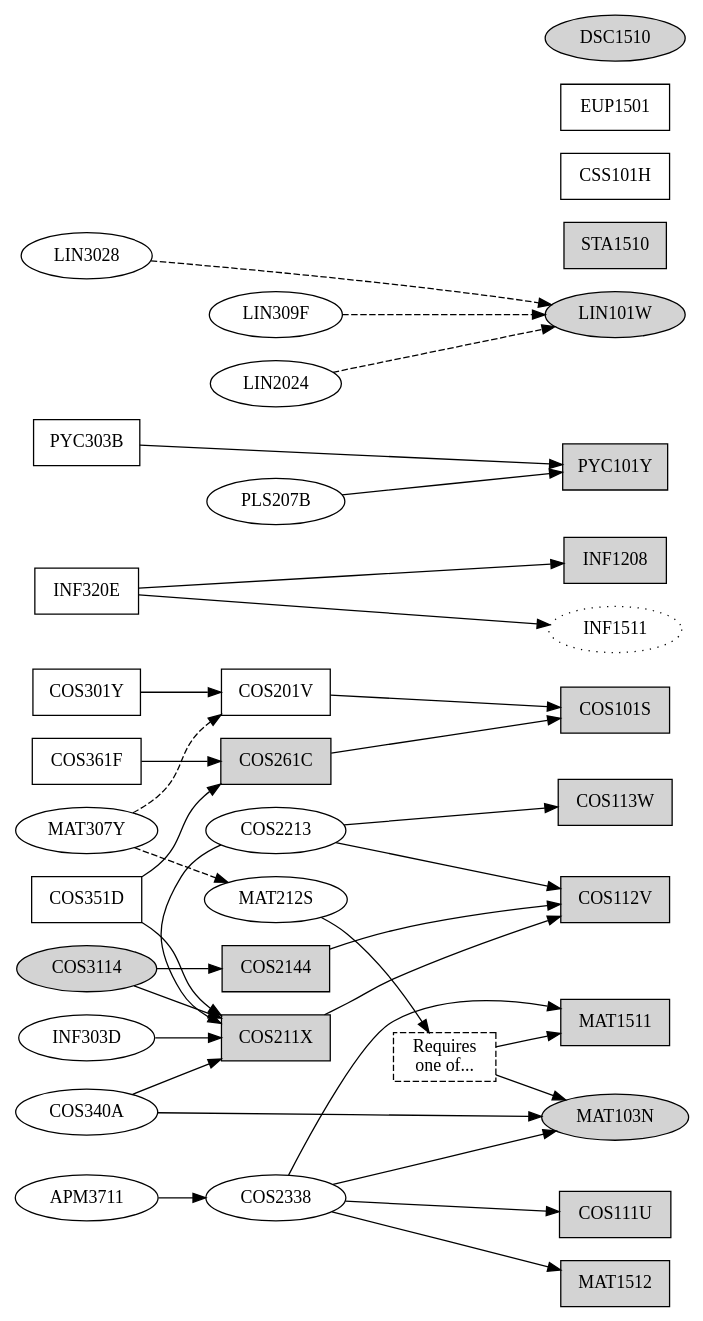
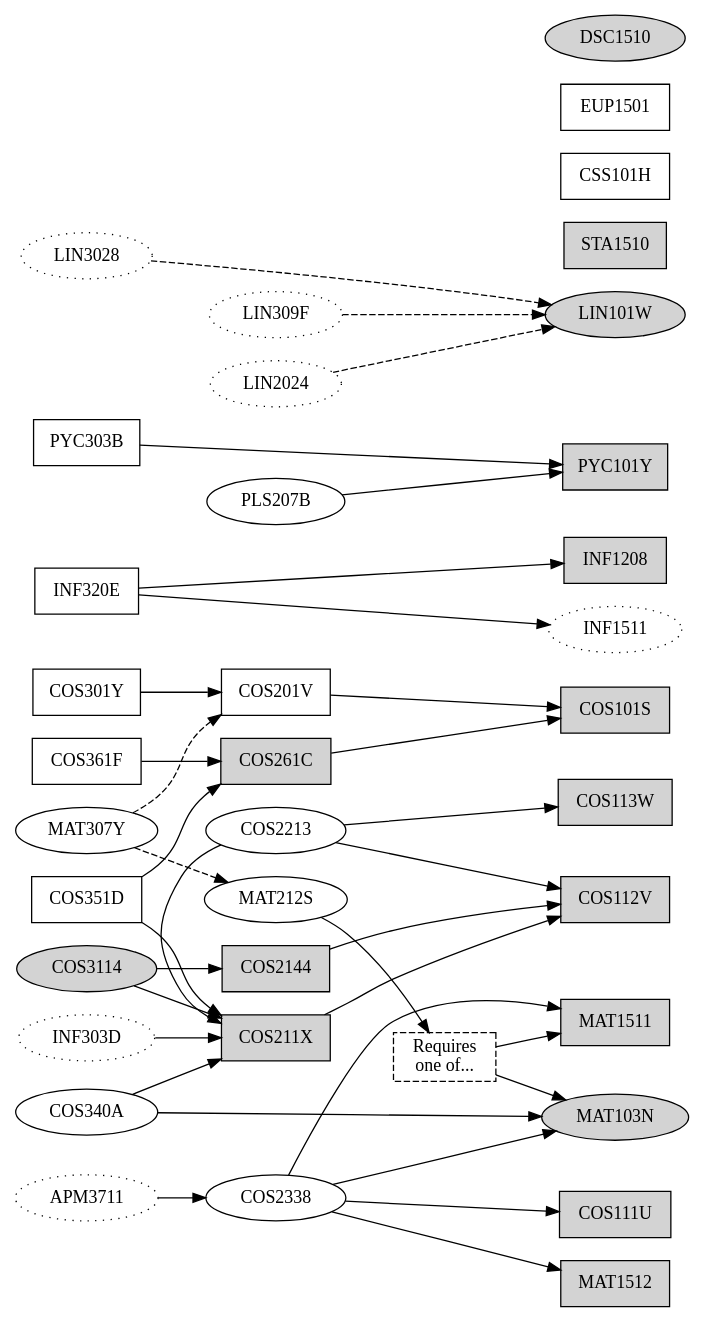
Before and after one commit to apauley/unisa-module-graph: the diagram in ComputationalIntelligence.dot, drawn with Graphviz.

Commit message:
Modules less likely to be taken are dotted

```diff
--- a/ComputationalIntelligence.dot
+++ b/ComputationalIntelligence.dot
@@ -1,57 +1,62 @@
 digraph ComputationalIntelligence {
     node [shape=box];
     rankdir=LR;
 
     {rank=same; COS301Y INF320E COS351D COS361F PYC303B}
     {rank=same; node [shape=ellipse];
     COS3114 [style=filled]
-    APM3711 MAT307Y INF303D LIN3028 COS340A}
+    MAT307Y COS340A
+    APM3711 [style=dotted]
+    INF303D [style=dotted]
+    LIN3028 [style=dotted]}
 
     {rank=same;
     COS201V
     {node [style=filled]; COS211X COS261C COS2144}}
 
     {rank=same; node [shape=ellipse];
-    COS2213 COS2338 MAT212S LIN309F LIN2024 PLS207B}
+    COS2213 COS2338 MAT212S PLS207B
+    LIN309F [style=dotted]
+    LIN2024 [style=dotted]}
 
     {rank=same;
         {node [style=filled];
               COS101S COS112V COS113W INF1208 MAT1511 MAT1512
               PYC101Y COS111U STA1510}
         CSS101H EUP1501}
 
     {rank=same; node [shape=ellipse];
         INF1511 [style=dotted]
         {node [style=filled];
               MAT103N DSC1510 LIN101W}}
 
     COS301Y -> {COS201V}
     INF320E -> {INF1208 INF1511}
     COS351D -> {COS211X COS261C}
     COS361F -> {COS261C}
     PYC303B -> {PYC101Y}
 
     COS3114 -> {COS211X COS2144}
     APM3711 -> {COS2338}
     MAT307Y -> {MAT212S COS201V} [style=dashed]
     INF303D -> {COS211X}
     LIN3028 -> {LIN101W} [style=dashed]
     COS340A -> {COS211X MAT103N}
 
 
     COS201V -> {COS101S}
     COS211X -> {COS112V}
     COS261C -> {COS101S}
     COS2144 -> {COS112V}
 
     {rank=same; COS2213 COS211X}
     COS2213 -> {COS112V COS113W}
     COS2213 -> {COS211X}
     COS2338 -> {COS111U MAT103N MAT1511 MAT1512}
     MAT103OR151 [label="Requires\none of...", style=dashed];
     MAT212S -> {MAT103OR151}
     MAT103OR151 -> {MAT103N MAT1511}
     LIN309F -> {LIN101W} [style=dashed]
     LIN2024 -> {LIN101W} [style=dashed]
     PLS207B -> {PYC101Y}
 }
```
